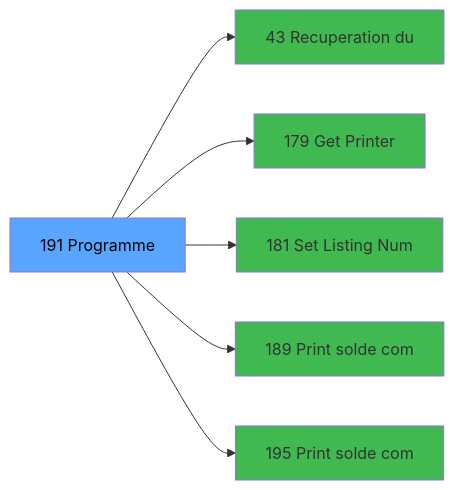
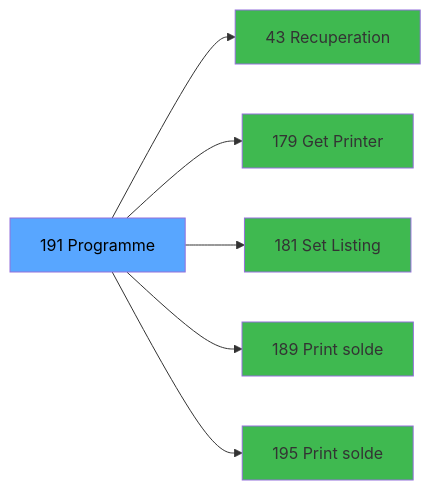
The third of 3 diagrams in .openspec/specs/ADH-IDE-191.md (thonyAGP/magic-migration), drawn with Mermaid before and after one commit. The commit also changed other lines of this file and 323 other files, not shown here.

````diff
--- a/.openspec/specs/ADH-IDE-191.md
+++ b/.openspec/specs/ADH-IDE-191.md
@@ -132,20 +164,20 @@
 ```mermaid
 graph LR
     T[191 Programme]
-    C43[43 Recuperation du]
+    C43[43 Recuperation]
     T --> C43
     C179[179 Get Printer]
     T --> C179
-    C181[181 Set Listing Num]
+    C181[181 Set Listing ]
     T --> C181
-    C189[189 Print solde com]
+    C189[189 Print solde ]
     T --> C189
-    C195[195 Print solde com]
+    C195[195 Print solde ]
     T --> C195
     style T fill:#58a6ff,color:#000
     style C43 fill:#3fb950
     style C179 fill:#3fb950
     style C181 fill:#3fb950
     style C189 fill:#3fb950
     style C195 fill:#3fb950
 ```
````
